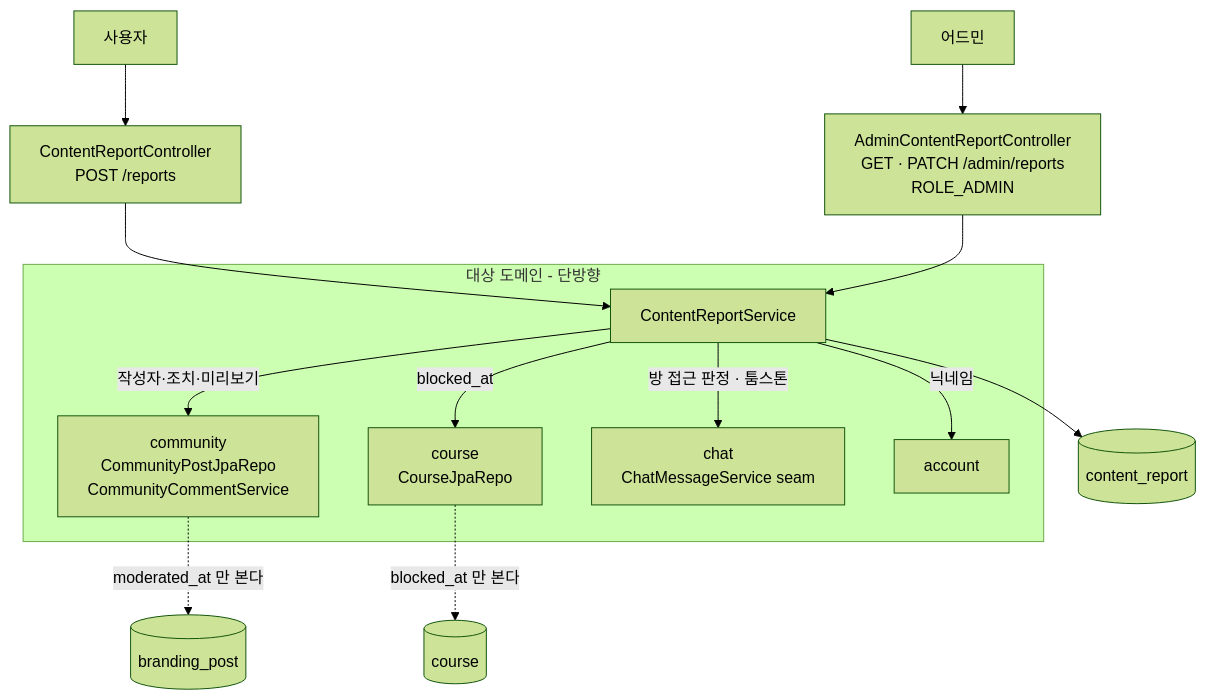
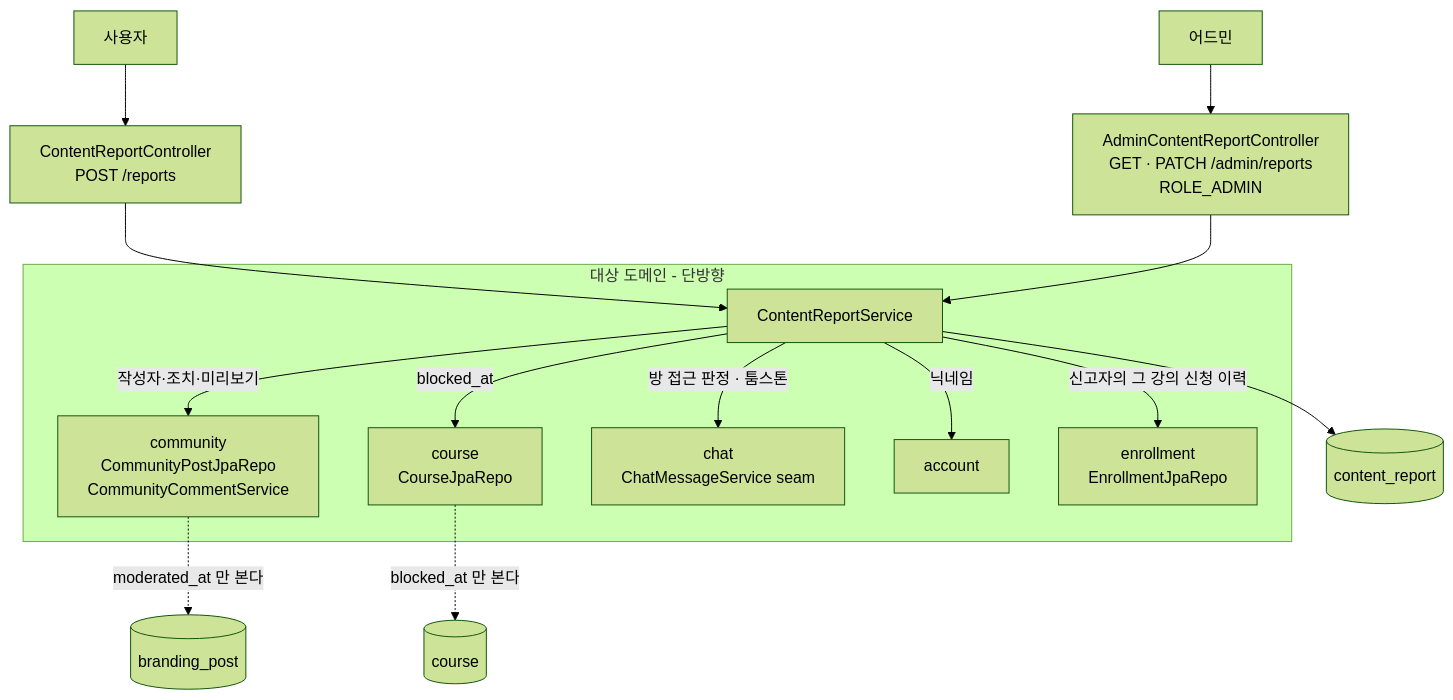
One commit to pungdong/Pungdong-Backend changed the first of 4 diagrams in docs/architecture/moderation.md. Above: the diagram before and after it, drawn with Mermaid (forest theme). The commit also changed other lines of this file and 2 other files, not shown here.

````diff
--- a/docs/architecture/moderation.md
+++ b/docs/architecture/moderation.md
@@ -17,18 +17,19 @@
 ```mermaid
 flowchart TB
     U[사용자] --> RC[ContentReportController<br/>POST /reports]
     A[어드민] --> ARC[AdminContentReportController<br/>GET · PATCH /admin/reports<br/>ROLE_ADMIN]
     RC --> RS[ContentReportService]
     ARC --> RS
     RS --> RR[(content_report)]
 
     subgraph 대상 도메인 - 단방향
       RS -->|작성자·조치·미리보기| CP[community<br/>CommunityPostJpaRepo<br/>CommunityCommentService]
       RS -->|blocked_at| CO[course<br/>CourseJpaRepo]
       RS -->|방 접근 판정 · 툼스톤| CH[chat<br/>ChatMessageService seam]
       RS -->|닉네임| AC[account]
+      RS -->|신고자의 그 강의 신청 이력| EN[enrollment<br/>EnrollmentJpaRepo]
     end
 
     CP -.->|moderated_at 만 본다| BP[(branding_post)]
     CO -.->|blocked_at 만 본다| CT[(course)]
 ```
````
